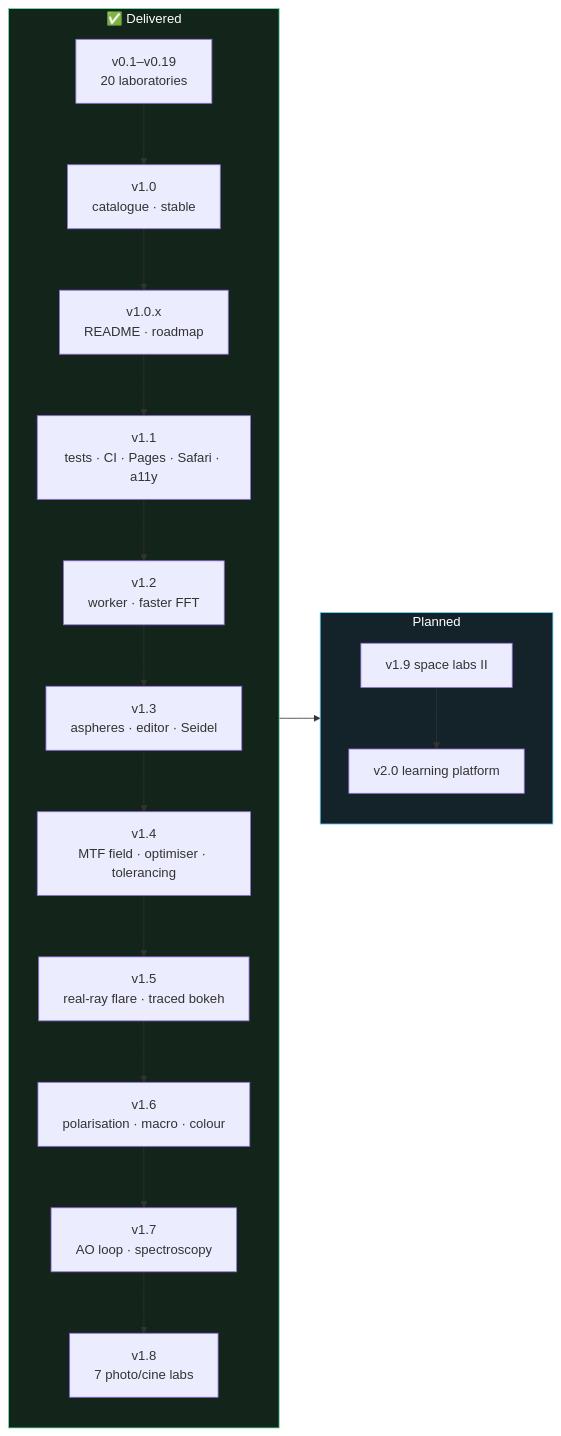
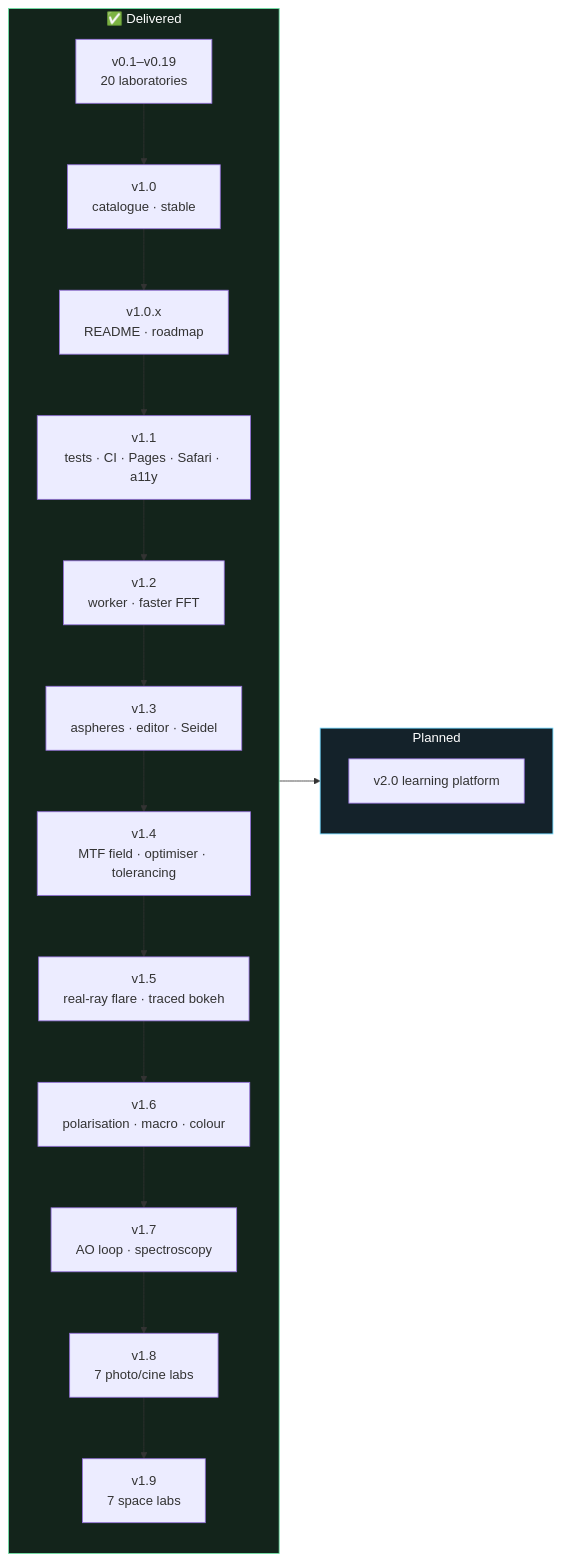
One commit to iiogurt/Optica_Viva changed the diagram in ROADMAP.md. Above: the diagram before and after it, drawn with Mermaid. The commit also changed other lines of this file and 3 other files, not shown here.

````diff
--- a/ROADMAP.md
+++ b/ROADMAP.md
@@ -52,14 +52,14 @@
 ```mermaid
 flowchart LR
     subgraph Done["✅ Delivered"]
         direction TB
-        D0["v0.1–v0.19<br/>20 laboratories"] --> D1["v1.0<br/>catalogue · stable"] --> D2["v1.0.x<br/>README · roadmap"] --> D3["v1.1<br/>tests · CI · Pages · Safari · a11y"] --> D4["v1.2<br/>worker · faster FFT"] --> D5["v1.3<br/>aspheres · editor · Seidel"] --> D6["v1.4<br/>MTF field · optimiser · tolerancing"] --> D7["v1.5<br/>real-ray flare · traced bokeh"] --> D8["v1.6<br/>polarisation · macro · colour"] --> D9["v1.7<br/>AO loop · spectroscopy"] --> D10["v1.8<br/>7 photo/cine labs"]
+        D0["v0.1–v0.19<br/>20 laboratories"] --> D1["v1.0<br/>catalogue · stable"] --> D2["v1.0.x<br/>README · roadmap"] --> D3["v1.1<br/>tests · CI · Pages · Safari · a11y"] --> D4["v1.2<br/>worker · faster FFT"] --> D5["v1.3<br/>aspheres · editor · Seidel"] --> D6["v1.4<br/>MTF field · optimiser · tolerancing"] --> D7["v1.5<br/>real-ray flare · traced bokeh"] --> D8["v1.6<br/>polarisation · macro · colour"] --> D9["v1.7<br/>AO loop · spectroscopy"] --> D10["v1.8<br/>7 photo/cine labs"] --> D11["v1.9<br/>7 space labs"]
     end
     subgraph Next["Planned"]
         direction TB
-        N9["v1.9 space labs II"] --> N7["v2.0 learning platform"]
+        N7["v2.0 learning platform"]
     end
     Done --> Next
     style Done fill:#13241b,stroke:#6be3a4,color:#fff
     style Next fill:#14222a,stroke:#6ad7ff,color:#fff
 ```
````
